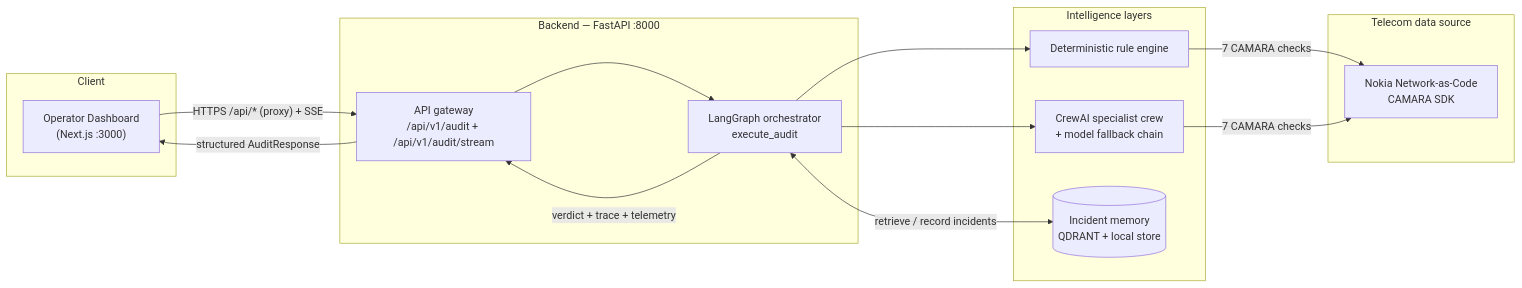
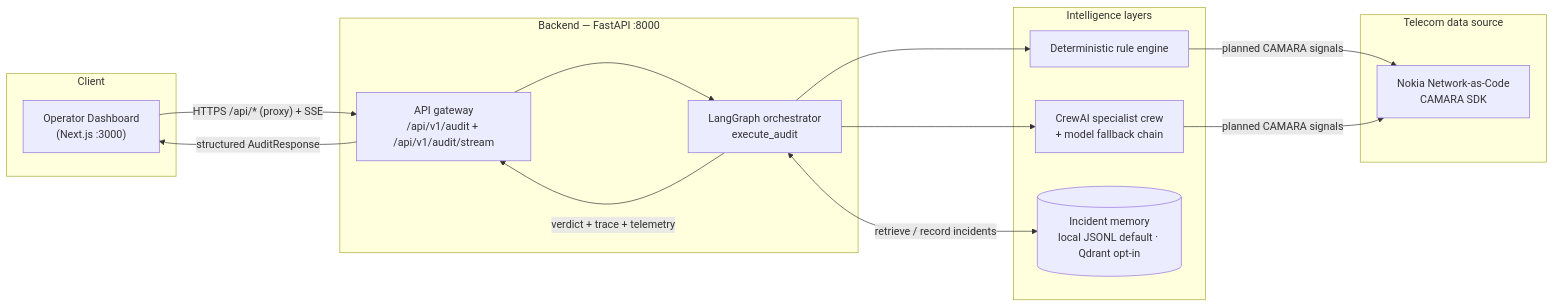
One commit to yahiaongh/aegistel-mena-ignite changed the first of 6 diagrams in README.md. Above: the diagram before and after it, drawn with Mermaid. The commit also changed other lines of this file and 23 other files, not shown here.

````diff
--- a/README.md
+++ b/README.md
@@ -61,31 +70,31 @@
 ```mermaid
 flowchart LR
     subgraph CLIENT["Client"]
         B["Operator Dashboard<br/>(Next.js :3000)"]
     end
 
     subgraph API["Backend — FastAPI :8000"]
         G["API gateway<br/>/api/v1/audit + /api/v1/audit/stream"]
         O["LangGraph orchestrator<br/>execute_audit"]
     end
 
     subgraph INTEL["Intelligence layers"]
         CREW["CrewAI specialist crew<br/>+ model fallback chain"]
         DET["Deterministic rule engine"]
-        MEM[("Incident memory<br/>QDRANT + local store")]
+        MEM[("Incident memory<br/>local JSONL default · Qdrant opt-in")]
     end
 
     subgraph TELCO["Telecom data source"]
         N["Nokia Network-as-Code<br/>CAMARA SDK"]
     end
 
     B -->|"HTTPS  /api/*  (proxy) + SSE"| G
     G --> O
     O --> DET
     O --> CREW
-    DET -->|"7 CAMARA checks"| N
-    CREW -->|"7 CAMARA checks"| N
+    DET -->|"planned CAMARA signals"| N
+    CREW -->|"planned CAMARA signals"| N
     O <-->|"retrieve / record incidents"| MEM
     O -->|"verdict + trace + telemetry"| G
     G -->|"structured AuditResponse"| B
 ```
````
